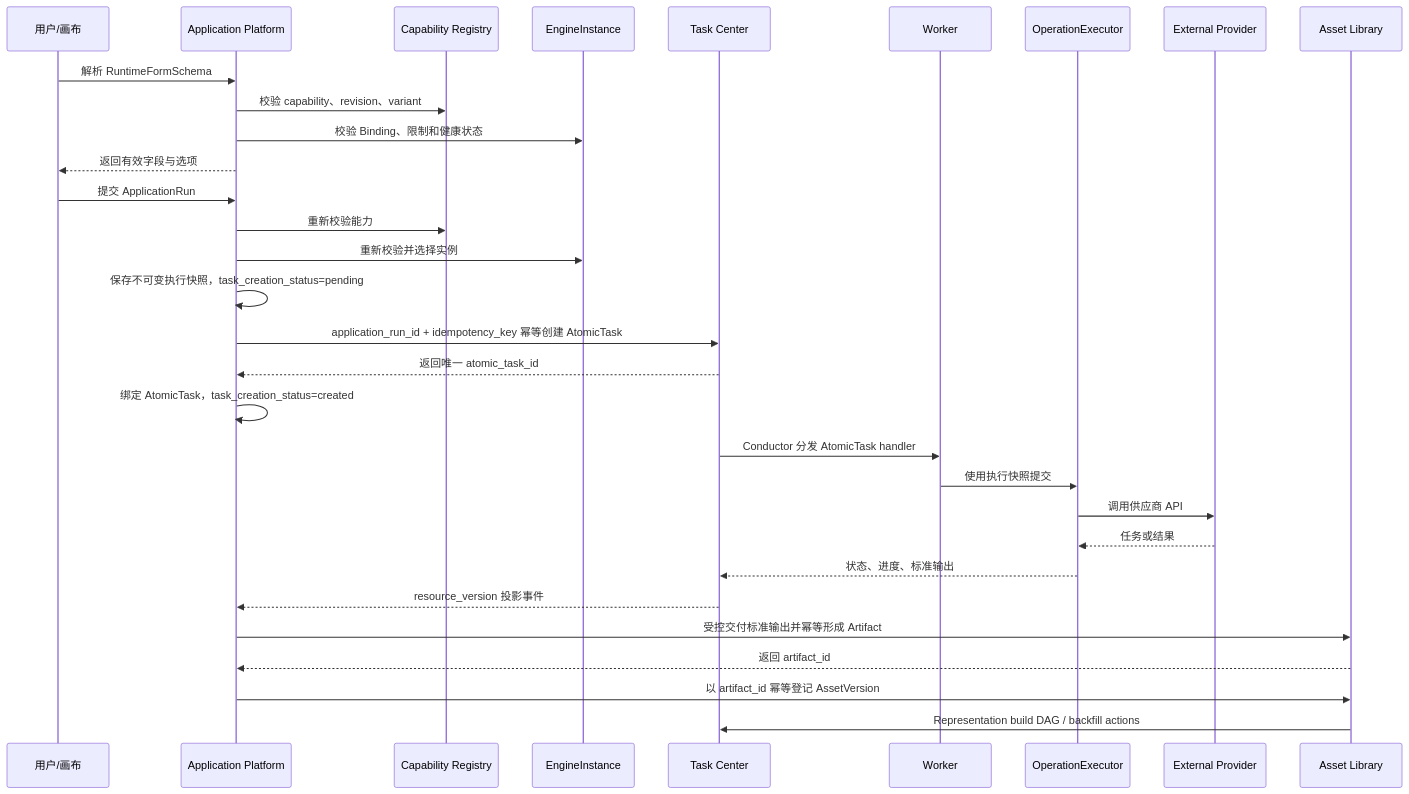
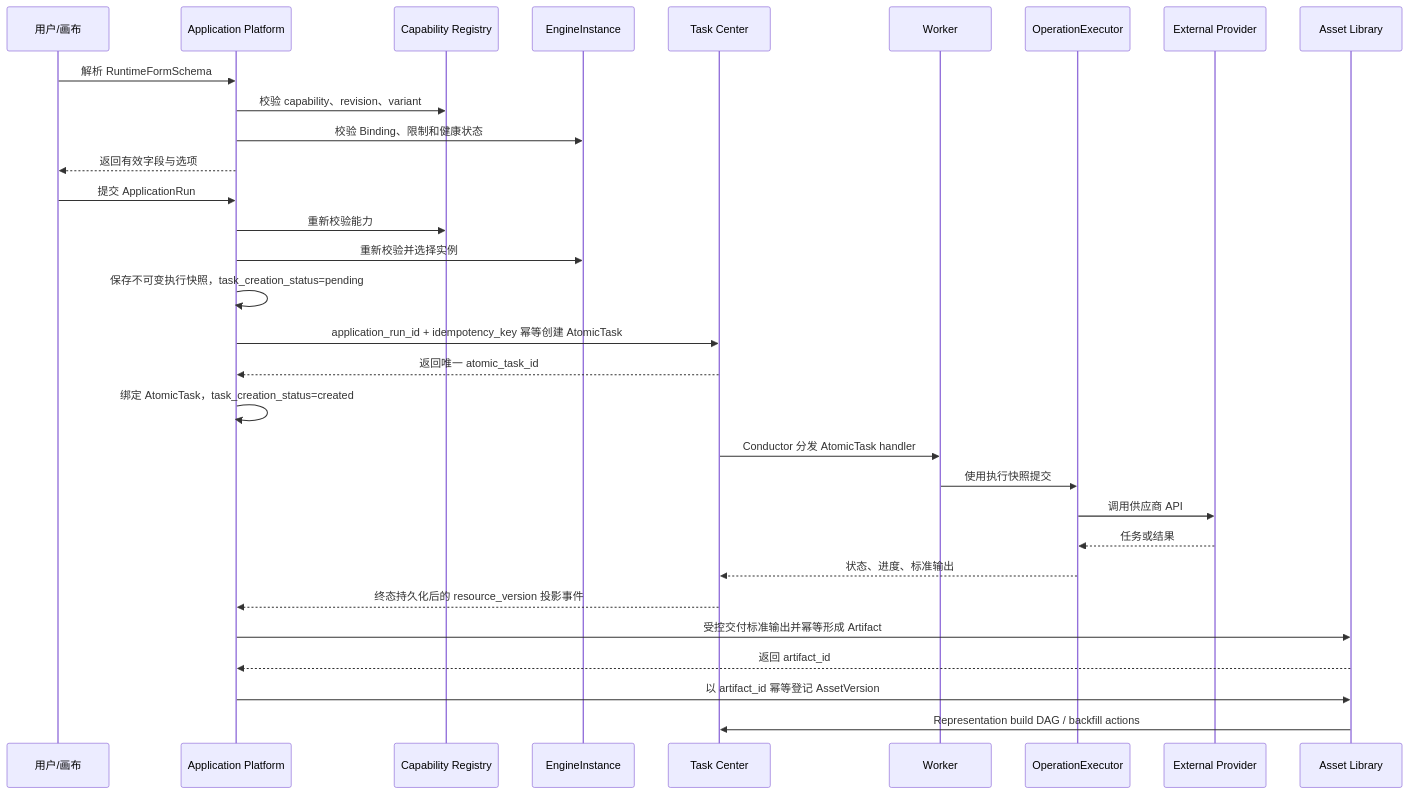
Before and after one commit to wangweihong/omnimam-spec: the fifth of 5 diagrams in 02_architecture/domains/application-platform.md, drawn with Mermaid. The commit also changed other lines of this file and 6 other files, not shown here.

````diff
--- a/02_architecture/domains/application-platform.md
+++ b/02_architecture/domains/application-platform.md
@@ -219,34 +219,34 @@
 ```mermaid
 sequenceDiagram
     participant User as 用户/画布
     participant App as Application Platform
     participant Registry as Capability Registry
     participant Engine as EngineInstance
     participant Task as Task Center
     participant Worker as Worker
     participant Exec as OperationExecutor
     participant Provider as External Provider
     participant Asset as Asset Library
 
     User->>App: 解析 RuntimeFormSchema
     App->>Registry: 校验 capability、revision、variant
     App->>Engine: 校验 Binding、限制和健康状态
     App-->>User: 返回有效字段与选项
     User->>App: 提交 ApplicationRun
     App->>Registry: 重新校验能力
     App->>Engine: 重新校验并选择实例
     App->>App: 保存不可变执行快照，task_creation_status=pending
     App->>Task: application_run_id + idempotency_key 幂等创建 AtomicTask
     Task-->>App: 返回唯一 atomic_task_id
     App->>App: 绑定 AtomicTask，task_creation_status=created
     Task->>Worker: Conductor 分发 AtomicTask handler
     Worker->>Exec: 使用执行快照提交
     Exec->>Provider: 调用供应商 API
     Provider-->>Exec: 任务或结果
     Exec-->>Task: 状态、进度、标准输出
-    Task-->>App: resource_version 投影事件
+    Task-->>App: 终态持久化后的 resource_version 投影事件
     App->>Asset: 受控交付标准输出并幂等形成 Artifact
     Asset-->>App: 返回 artifact_id
     App->>Asset: 以 artifact_id 幂等登记 AssetVersion
     Asset->>Task: Representation build DAG / backfill actions
 ```
````
